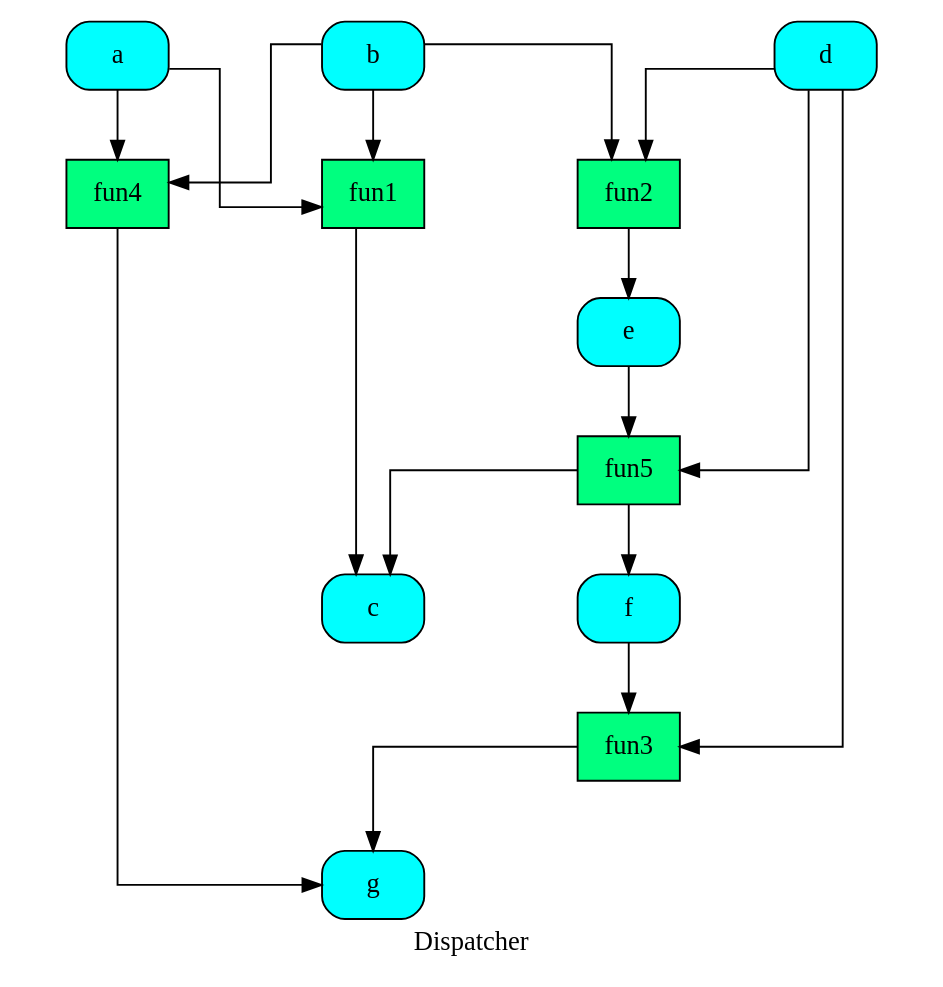
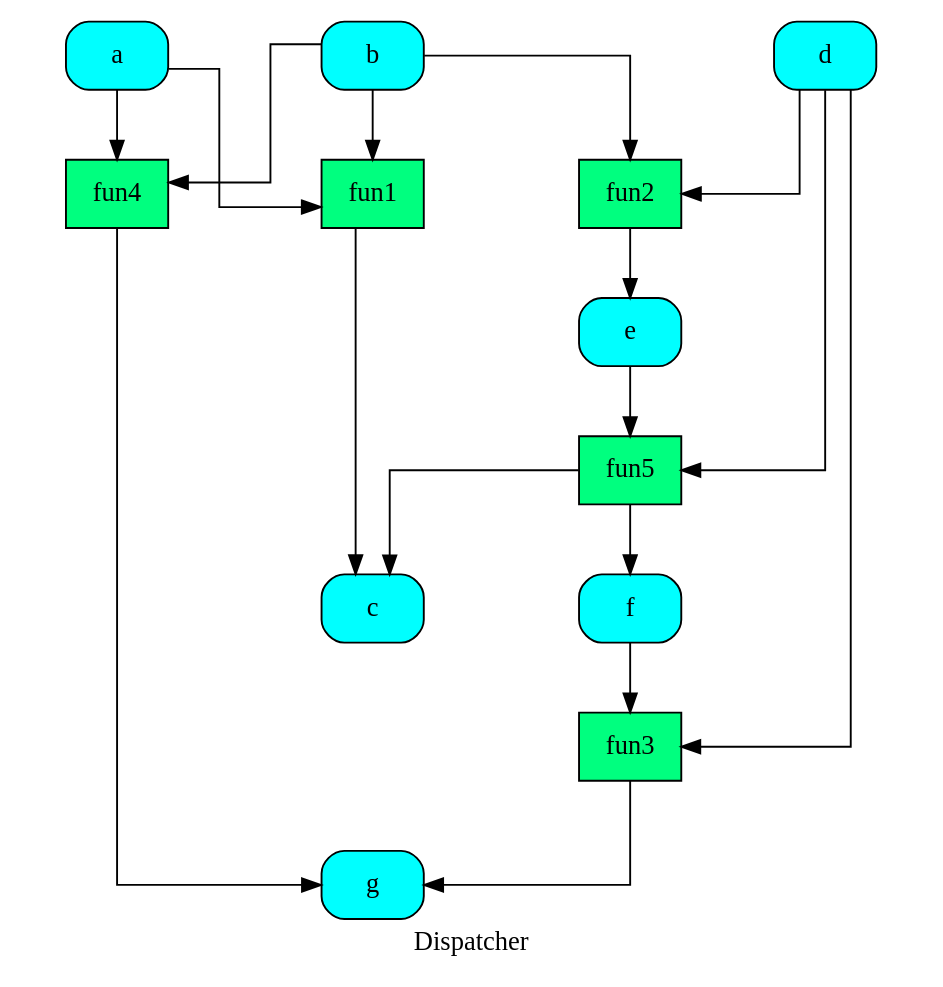
Before and after one commit to vinci1it2000/schedula: the diagram in doc/source/dispatcher/__init__/shrink_dsp/dsp.dot, drawn with Graphviz. The commit also changed 23 other files, not shown here.

```diff
--- a/doc/source/dispatcher/__init__/shrink_dsp/dsp.dot
+++ b/doc/source/dispatcher/__init__/shrink_dsp/dsp.dot
@@ -1,34 +1,34 @@
 digraph Dispatcher {
 	graph [ratio=1]
 	node [style=filled]
 	label = "Dispatcher"
 	splines = ortho
-		Dispatcher_5541542959459987689 [label="{ fun1  }" fillcolor=springgreen shape=record]
-		"Dispatcher_-5912537819166218321" [label="{ d  }" fillcolor=cyan shape=Mrecord]
-		"Dispatcher_-7390803564034038543" [label="{ fun3  }" fillcolor=springgreen shape=record]
-		Dispatcher_7224607962633671560 [label="{ b  }" fillcolor=cyan shape=Mrecord]
-		Dispatcher_4732348619466872361 [label="{ e  }" fillcolor=cyan shape=Mrecord]
-		Dispatcher_6900719114362863374 [label="{ c  }" fillcolor=cyan shape=Mrecord]
-		Dispatcher_4815359033422254383 [label="{ g  }" fillcolor=cyan shape=Mrecord]
-		"Dispatcher_-1353340929889452664" [label="{ a  }" fillcolor=cyan shape=Mrecord]
-		Dispatcher_6211698660917342884 [label="{ fun5  }" fillcolor=springgreen shape=record]
-		"Dispatcher_-1619297484026074121" [label="{ fun2  }" fillcolor=springgreen shape=record]
-		Dispatcher_2239781260816206233 [label="{ f  }" fillcolor=cyan shape=Mrecord]
-		Dispatcher_2366913168864360059 [label="{ fun4  }" fillcolor=springgreen shape=record]
-			Dispatcher_5541542959459987689 -> Dispatcher_6900719114362863374
-			"Dispatcher_-5912537819166218321" -> "Dispatcher_-7390803564034038543"
-			"Dispatcher_-5912537819166218321" -> Dispatcher_6211698660917342884
-			"Dispatcher_-5912537819166218321" -> "Dispatcher_-1619297484026074121"
-			"Dispatcher_-7390803564034038543" -> Dispatcher_4815359033422254383
-			Dispatcher_7224607962633671560 -> Dispatcher_5541542959459987689
-			Dispatcher_7224607962633671560 -> Dispatcher_2366913168864360059
-			Dispatcher_7224607962633671560 -> "Dispatcher_-1619297484026074121"
-			Dispatcher_4732348619466872361 -> Dispatcher_6211698660917342884
-			"Dispatcher_-1353340929889452664" -> Dispatcher_5541542959459987689
-			"Dispatcher_-1353340929889452664" -> Dispatcher_2366913168864360059
-			Dispatcher_6211698660917342884 -> Dispatcher_2239781260816206233
-			Dispatcher_6211698660917342884 -> Dispatcher_6900719114362863374
-			"Dispatcher_-1619297484026074121" -> Dispatcher_4732348619466872361
-			Dispatcher_2239781260816206233 -> "Dispatcher_-7390803564034038543"
-			Dispatcher_2366913168864360059 -> Dispatcher_4815359033422254383
+		Dispatcher_2654594059259795776 [label="{ fun2  }" fillcolor=springgreen shape=record]
+		Dispatcher_1863189369294032900 [label="{ fun5  }" fillcolor=springgreen shape=record]
+		Dispatcher_3634755706586891528 [label="{ b  }" fillcolor=cyan shape=Mrecord]
+		Dispatcher_7000153678515063692 [label="{ f  }" fillcolor=cyan shape=Mrecord]
+		"Dispatcher_-8031177221651855892" [label="{ fun4  }" fillcolor=springgreen shape=record]
+		"Dispatcher_-6038867426217595374" [label="{ d  }" fillcolor=cyan shape=Mrecord]
+		"Dispatcher_-8164092438770214065" [label="{ fun3  }" fillcolor=springgreen shape=record]
+		"Dispatcher_-2767360981463560080" [label="{ e  }" fillcolor=cyan shape=Mrecord]
+		"Dispatcher_-2531647229664915758" [label="{ fun1  }" fillcolor=springgreen shape=record]
+		"Dispatcher_-6776210645888712586" [label="{ a  }" fillcolor=cyan shape=Mrecord]
+		Dispatcher_7813220925901612792 [label="{ c  }" fillcolor=cyan shape=Mrecord]
+		Dispatcher_287483401617684735 [label="{ g  }" fillcolor=cyan shape=Mrecord]
+			Dispatcher_2654594059259795776 -> "Dispatcher_-2767360981463560080"
+			Dispatcher_1863189369294032900 -> Dispatcher_7813220925901612792
+			Dispatcher_1863189369294032900 -> Dispatcher_7000153678515063692
+			Dispatcher_3634755706586891528 -> Dispatcher_2654594059259795776
+			Dispatcher_3634755706586891528 -> "Dispatcher_-2531647229664915758"
+			Dispatcher_3634755706586891528 -> "Dispatcher_-8031177221651855892"
+			Dispatcher_7000153678515063692 -> "Dispatcher_-8164092438770214065"
+			"Dispatcher_-8031177221651855892" -> Dispatcher_287483401617684735
+			"Dispatcher_-6038867426217595374" -> Dispatcher_2654594059259795776
+			"Dispatcher_-6038867426217595374" -> Dispatcher_1863189369294032900
+			"Dispatcher_-6038867426217595374" -> "Dispatcher_-8164092438770214065"
+			"Dispatcher_-8164092438770214065" -> Dispatcher_287483401617684735
+			"Dispatcher_-2767360981463560080" -> Dispatcher_1863189369294032900
+			"Dispatcher_-2531647229664915758" -> Dispatcher_7813220925901612792
+			"Dispatcher_-6776210645888712586" -> "Dispatcher_-2531647229664915758"
+			"Dispatcher_-6776210645888712586" -> "Dispatcher_-8031177221651855892"
 }
```
